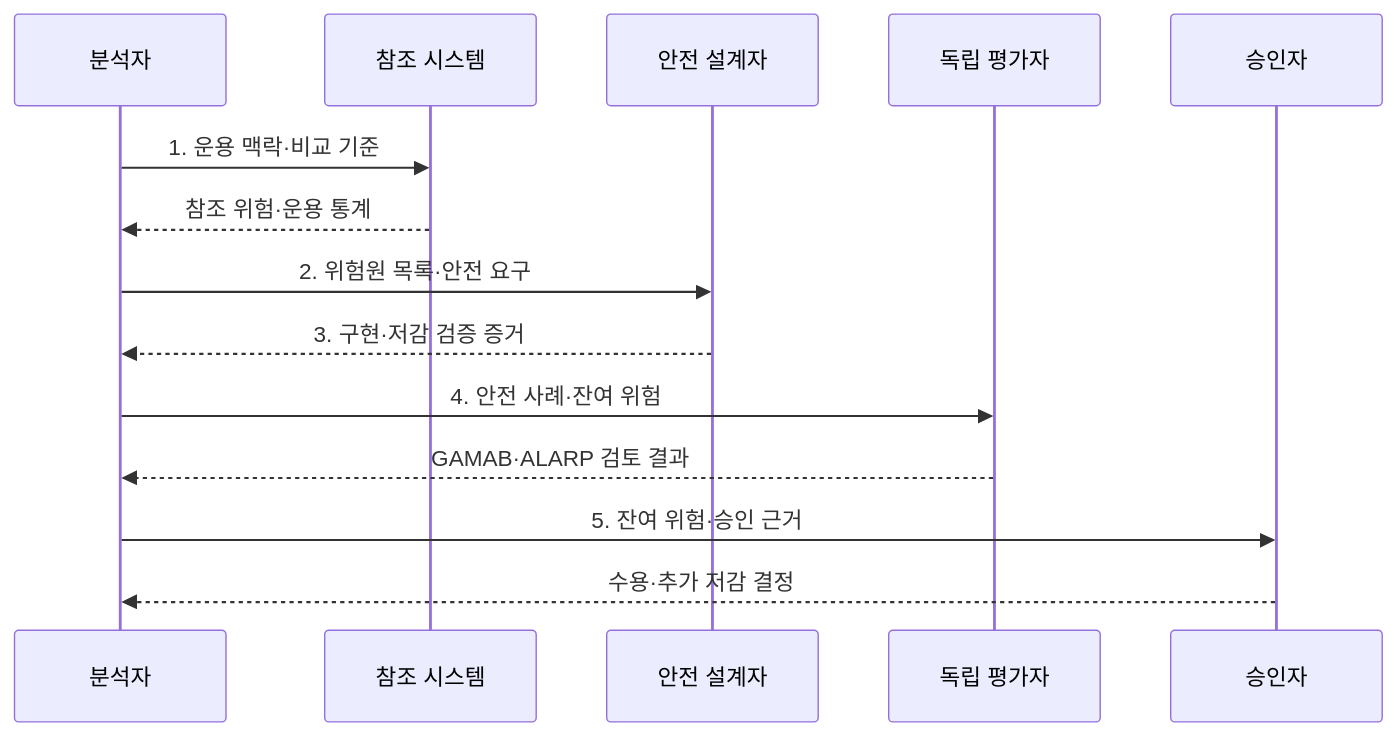
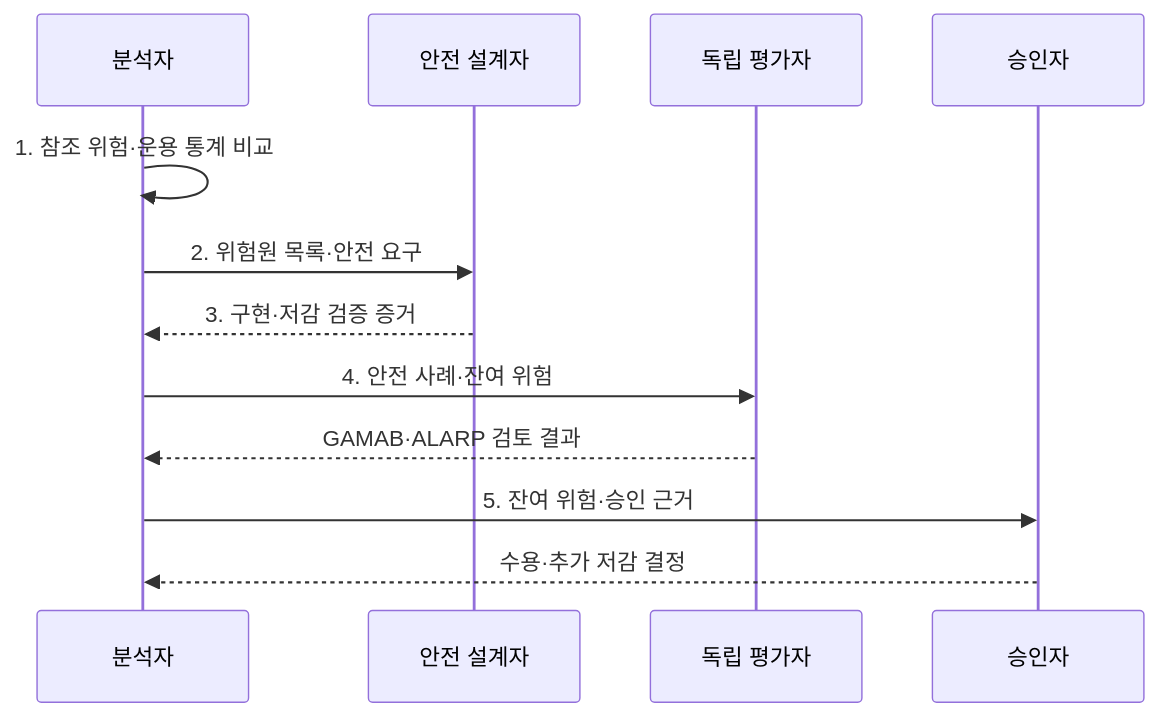
One commit to agnusdei1207/knowledge-base changed the second of 2 diagrams in src/content/docs/notes/03-software/077_software_safety_gamab_alarp.md. Above: the diagram before and after it, drawn with Mermaid. The commit also changed other lines of this file and 8 other files, not shown here.

Commit message:
Clarify software quality diagrams

````diff
--- a/src/content/docs/notes/03-software/077_software_safety_gamab_alarp.md
+++ b/src/content/docs/notes/03-software/077_software_safety_gamab_alarp.md
@@ -100,16 +100,14 @@
 ```mermaid
 sequenceDiagram
     participant A as 분석자
-    participant F as 참조 시스템
     participant S as 안전 설계자
     participant V as 독립 평가자
     participant R as 승인자
-    A->>F: 1. 운용 맥락·비교 기준
-    F-->>A: 참조 위험·운용 통계
+    A->>A: 1. 참조 위험·운용 통계 비교
     A->>S: 2. 위험원 목록·안전 요구
     S-->>A: 3. 구현·저감 검증 증거
     A->>V: 4. 안전 사례·잔여 위험
     V-->>A: GAMAB·ALARP 검토 결과
     A->>R: 5. 잔여 위험·승인 근거
     R-->>A: 수용·추가 저감 결정
 ```
````
